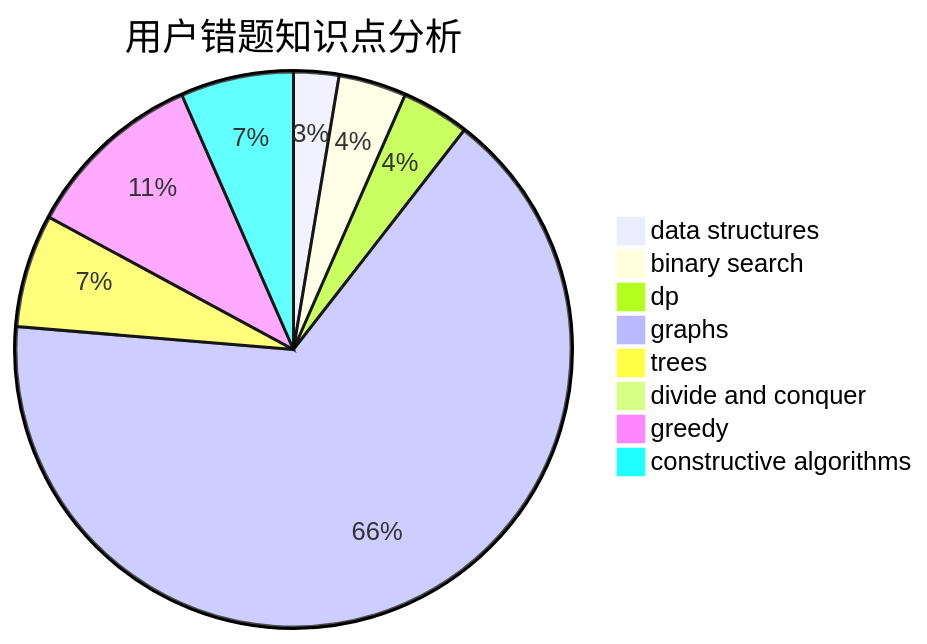
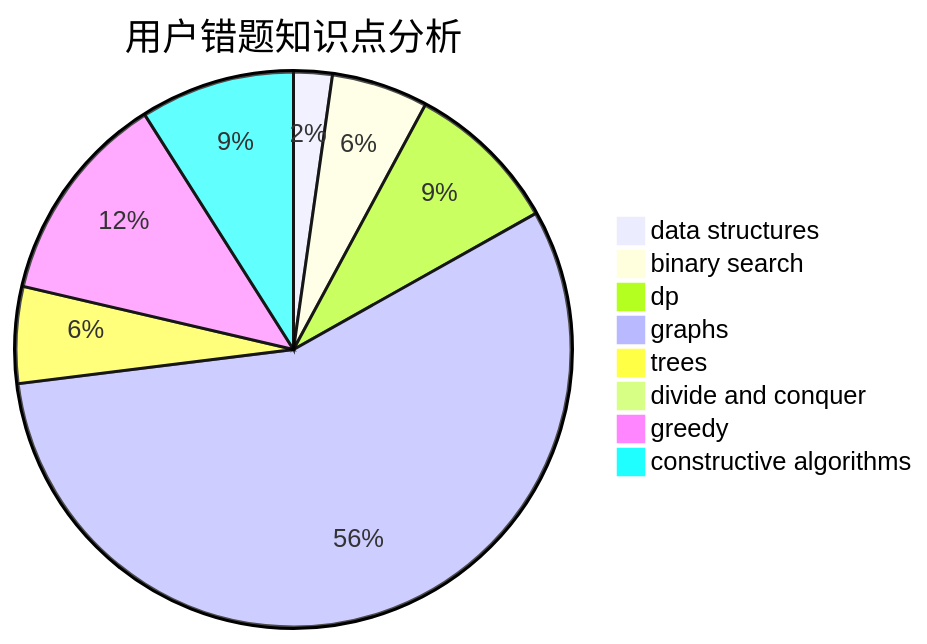
The third of 3 diagrams in docs/user/u419.md (sherpahu/cfrs.github.io), drawn with Mermaid before and after one commit. The commit also changed other lines of this file and 2770 other files, not shown here.

````diff
--- a/docs/user/u419.md
+++ b/docs/user/u419.md
@@ -36,11 +36,11 @@
 ```mermaid
 pie title 用户错题知识点分析
     "data structures" :  2
-    "binary search" :  3
-    "dp" :  3
+    "binary search" :  5
+    "dp" :  8
     "graphs" :  50
     "trees" :  5
     "divide and conquer" :  0
-    "greedy" :  8
-    "constructive algorithms" :  5
+    "greedy" :  11
+    "constructive algorithms" :  8
 ```
````
